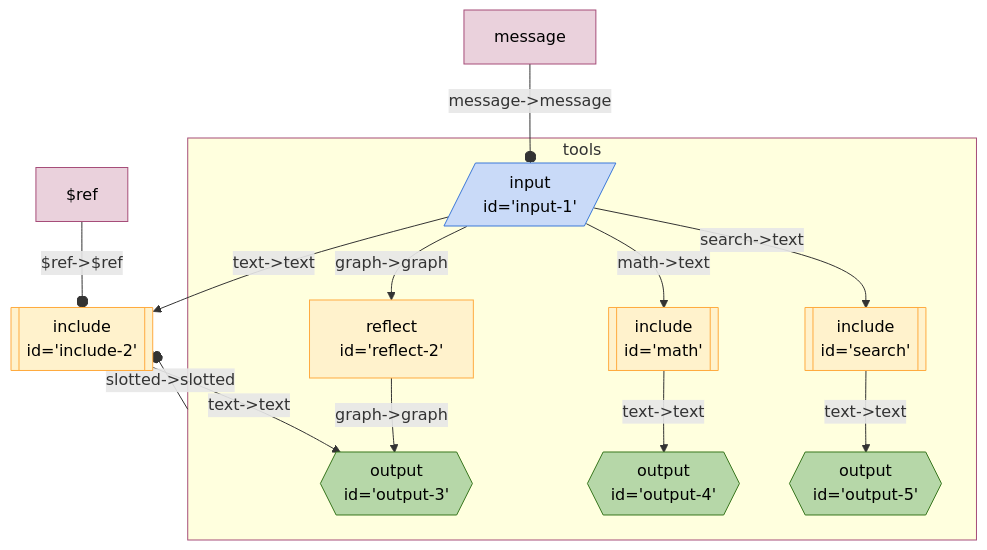
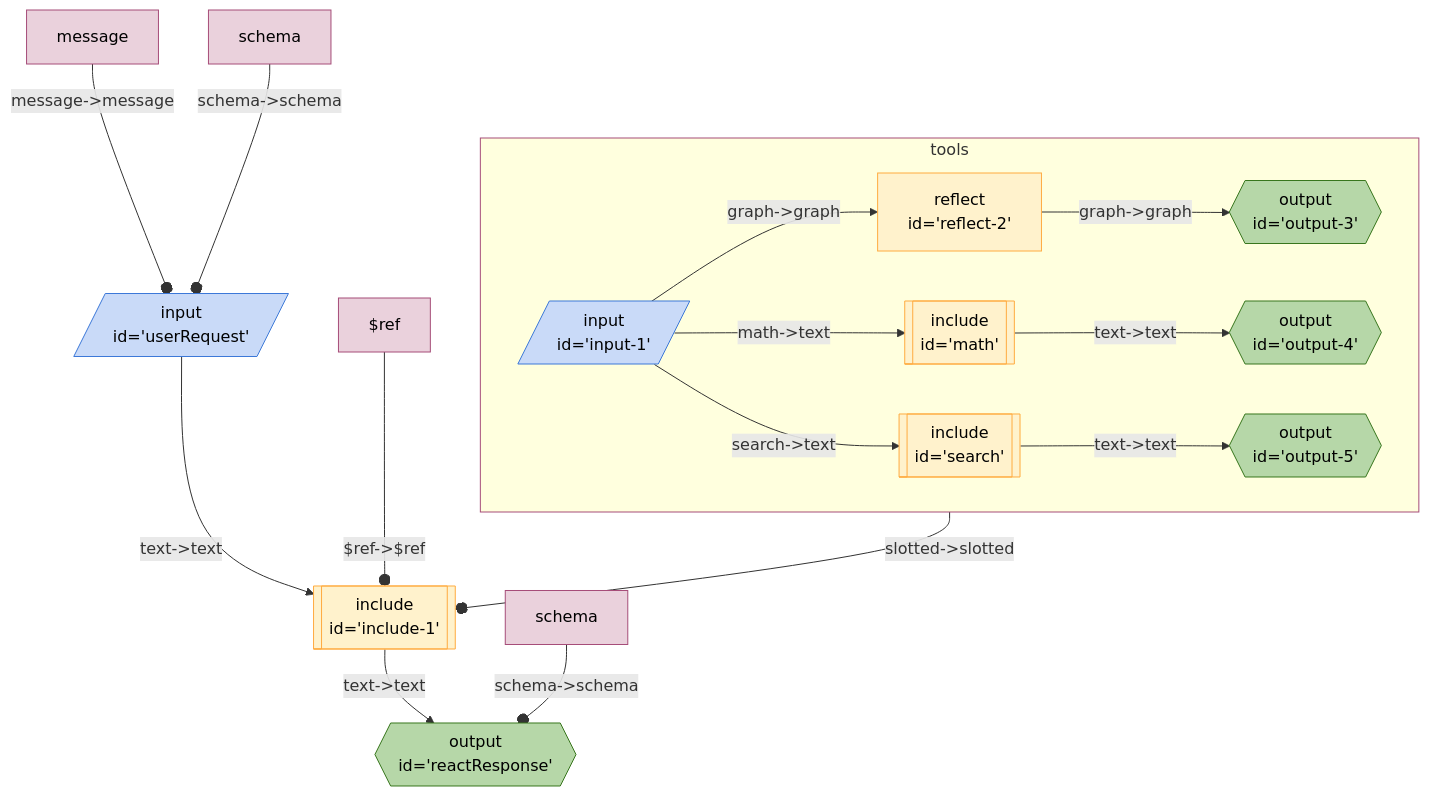
One commit to breadboard-ai/breadboard changed the diagram in seeds/graph-playground/docs/graphs/call-react-with-slot.md. Above: the diagram before and after it, drawn with Mermaid. The commit also changed 2 other files, not shown here.

Commit message:
[graph-playground] Add schema to `call-react-with-slot`.

````diff
--- a/seeds/graph-playground/docs/graphs/call-react-with-slot.md
+++ b/seeds/graph-playground/docs/graphs/call-react-with-slot.md
@@ -5,27 +5,29 @@
   ```mermaid
   %%{init: 'themeVariables': { 'fontFamily': 'Fira Code, monospace' }}%%
 graph TD;
-include2[["include <br> id='include-2'"]]:::include -- "text->text" --> output3{{"output <br> id='output-3'"}}:::output
+include1[["include <br> id='include-1'"]]:::include -- "text->text" --> reactResponse{{"output <br> id='reactResponse'"}}:::output
 subgraph tools
 reflect2["reflect <br> id='reflect-2'"] -- "graph->graph" --> output3{{"output <br> id='output-3'"}}:::output
 input1[/"input <br> id='input-1'"/]:::input -- "graph->graph" --> reflect2["reflect <br> id='reflect-2'"]
 math[["include <br> id='math'"]]:::include -- "text->text" --> output4{{"output <br> id='output-4'"}}:::output
 input1[/"input <br> id='input-1'"/]:::input -- "math->text" --> math[["include <br> id='math'"]]:::include
 search[["include <br> id='search'"]]:::include -- "text->text" --> output5{{"output <br> id='output-5'"}}:::output
 input1[/"input <br> id='input-1'"/]:::input -- "search->text" --> search[["include <br> id='search'"]]:::include
 end
-tools:::slotted -- "slotted->slotted" --o include2
+tools:::slotted -- "slotted->slotted" --o include1
 
-input1[/"input <br> id='input-1'"/]:::input -- "text->text" --> include2[["include <br> id='include-2'"]]:::include
-messageinput1[message]:::config -- "message->message" --o input1
-$refinclude2[$ref]:::config -- "$ref->$ref" --o include2
+userRequest[/"input <br> id='userRequest'"/]:::input -- "text->text" --> include1[["include <br> id='include-1'"]]:::include
+messageuserRequest[message]:::config -- "message->message" --o userRequest
+schemauserRequest[schema]:::config -- "schema->schema" --o userRequest
+$refinclude1[$ref]:::config -- "$ref->$ref" --o include1
 
+schemareactResponse[schema]:::config -- "schema->schema" --o reactResponse
 classDef default stroke:#ffab40,fill:#fff2ccff,color:#000
 classDef input stroke:#3c78d8,fill:#c9daf8ff,color:#000
 classDef output stroke:#38761d,fill:#b6d7a8ff,color:#000
 classDef passthrough stroke:#a64d79,fill:#ead1dcff,color:#000
 classDef slot stroke:#a64d79,fill:#ead1dcff,color:#000
 classDef config stroke:#a64d79,fill:#ead1dcff,color:#000
 classDef secrets stroke:#db4437,fill:#f4cccc,color:#000
 classDef slotted stroke:#a64d79
   ```
````
